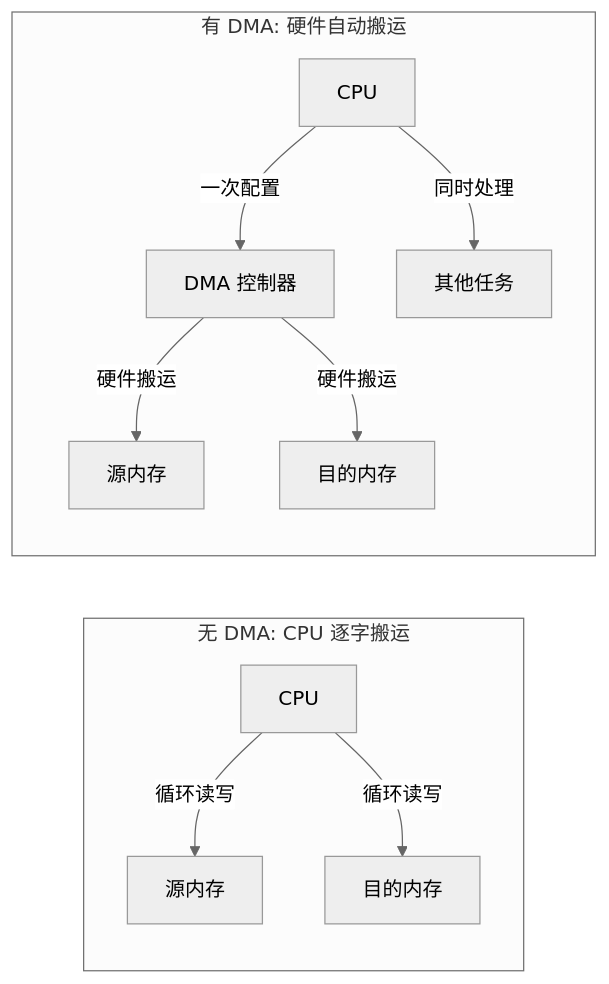
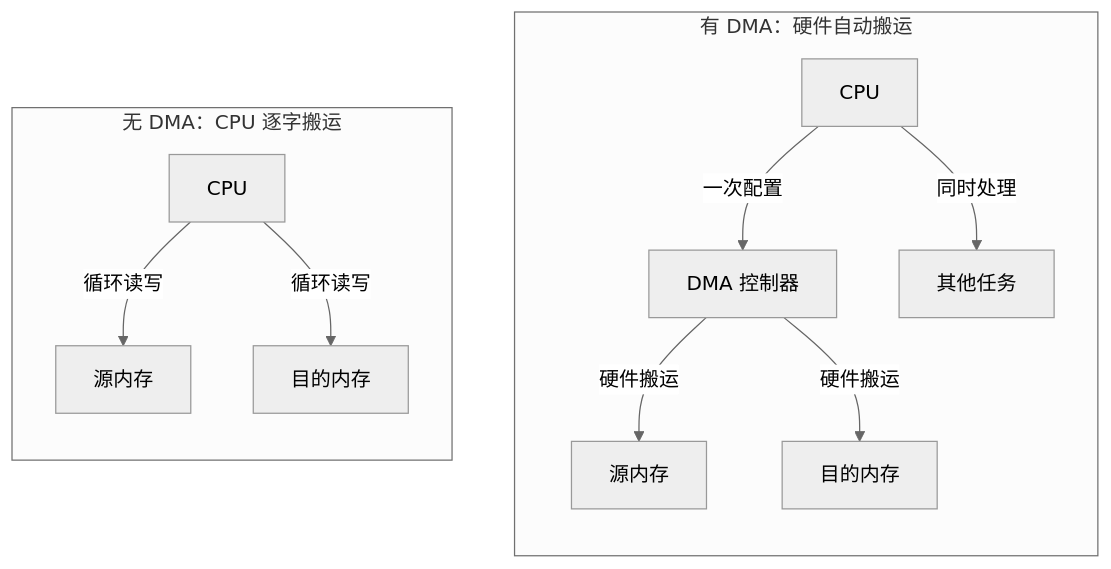
One commit to sanchuanhehe/fbb_ws53 changed the first of 2 diagrams in docs/zh-CN/samples/peripherals/dma/dma.md. Above: the diagram before and after it, drawn with Mermaid (neutral theme). The commit also changed other lines of this file and 8 other files, not shown here.

First line of the commit message:
docs: 优化 WS53 示例流程图与配置说明

````diff
--- a/docs/zh-CN/samples/peripherals/dma/dma.md
+++ b/docs/zh-CN/samples/peripherals/dma/dma.md
@@ -17,13 +17,16 @@
 ```mermaid
 flowchart LR
-    subgraph A["无 DMA: CPU 逐字搬运"]
+    subgraph A["无 DMA：CPU 逐字搬运"]
+        direction TB
         C1[CPU] -->|循环读写| M1[源内存]
         C1 -->|循环读写| M2[目的内存]
     end
-    subgraph B["有 DMA: 硬件自动搬运"]
+    subgraph B["有 DMA：硬件自动搬运"]
+        direction TB
         C2[CPU] -->|一次配置| D[DMA 控制器]
         D -->|硬件搬运| M3[源内存]
         D -->|硬件搬运| M4[目的内存]
         C2 -->|同时处理| T[其他任务]
     end
+    A ~~~ B
 ```
````
